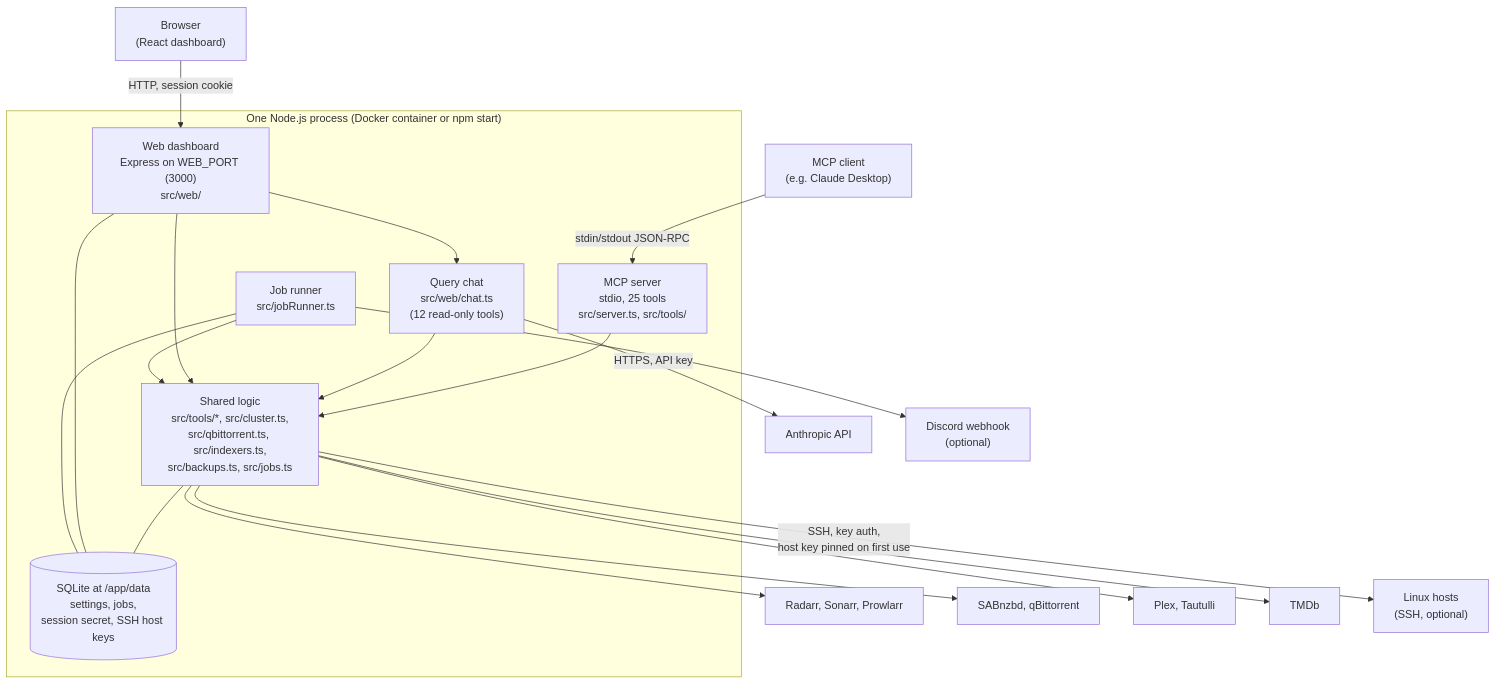
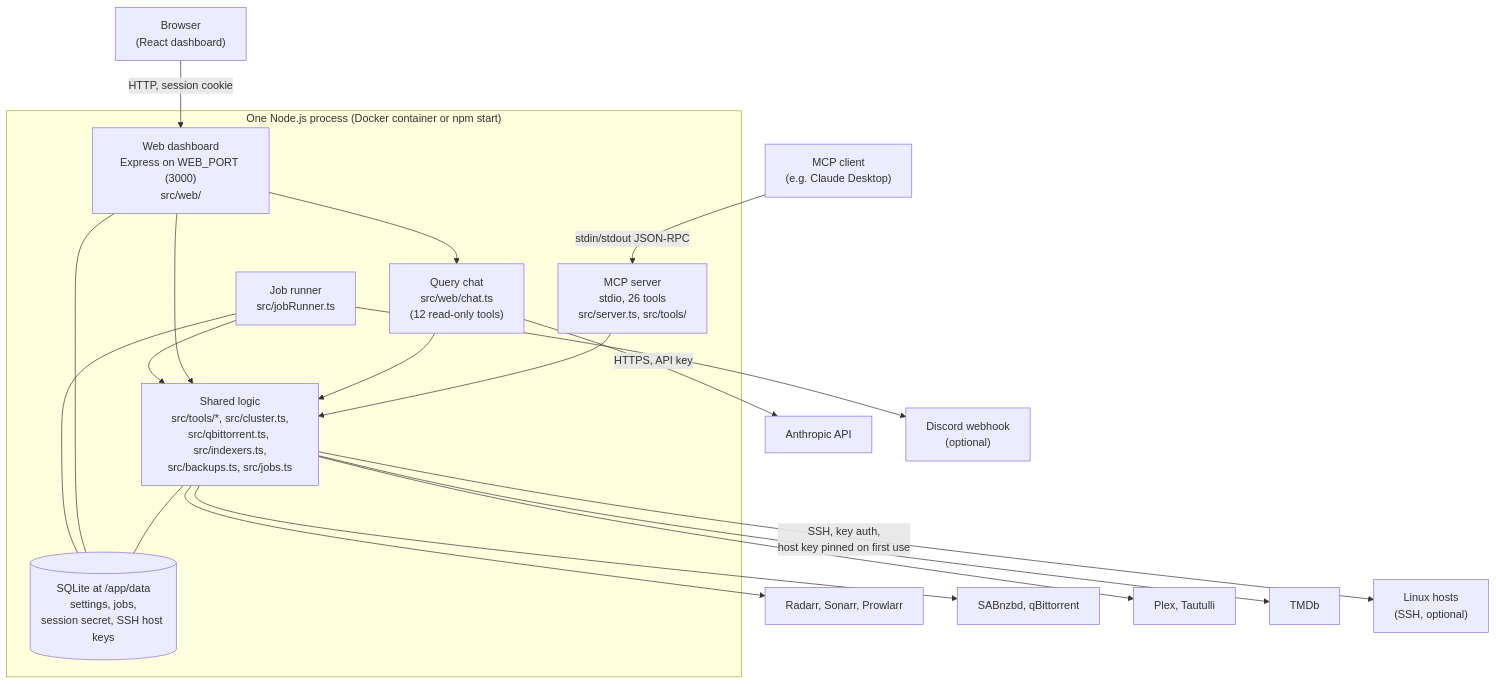
One commit to HoneyBearTech/plex-director-mcp changed the diagram in docs/architecture.md. Above: the diagram before and after it, drawn with Mermaid. The commit also changed other lines of this file and 12 other files, not shown here.

````diff
--- a/docs/architecture.md
+++ b/docs/architecture.md
@@ -10,38 +10,38 @@
 ```mermaid
 flowchart TB
     browser["Browser<br/>(React dashboard)"]
     desktop["MCP client<br/>(e.g. Claude Desktop)"]
     subgraph container["One Node.js process (Docker container or npm start)"]
-        mcp["MCP server<br/>stdio, 25 tools<br/>src/server.ts, src/tools/"]
+        mcp["MCP server<br/>stdio, 26 tools<br/>src/server.ts, src/tools/"]
         web["Web dashboard<br/>Express on WEB_PORT (3000)<br/>src/web/"]
         chat["Query chat<br/>src/web/chat.ts<br/>(12 read-only tools)"]
         runner["Job runner<br/>src/jobRunner.ts"]
         logic["Shared logic<br/>src/tools/*, src/cluster.ts,<br/>src/qbittorrent.ts, src/indexers.ts,<br/>src/backups.ts, src/jobs.ts"]
         db[("SQLite at /app/data<br/>settings, jobs,<br/>session secret, SSH host keys")]
     end
     anthropic["Anthropic API"]
     servarr["Radarr, Sonarr, Prowlarr"]
     dl["SABnzbd, qBittorrent"]
     plex["Plex, Tautulli"]
     tmdb["TMDb"]
     hosts["Linux hosts<br/>(SSH, optional)"]
     discord["Discord webhook<br/>(optional)"]
 
     desktop -- "stdin/stdout JSON-RPC" --> mcp
     browser -- "HTTP, session cookie" --> web
     web --> chat
     chat -- "HTTPS, API key" --> anthropic
     mcp --> logic
     chat --> logic
     web --> logic
     runner --> logic
     logic --- db
     web --- db
     runner --- db
     logic --> servarr
     logic --> dl
     logic --> plex
     logic --> tmdb
     logic -- "SSH, key auth,<br/>host key pinned on first use" --> hosts
     runner --> discord
 ```
````
